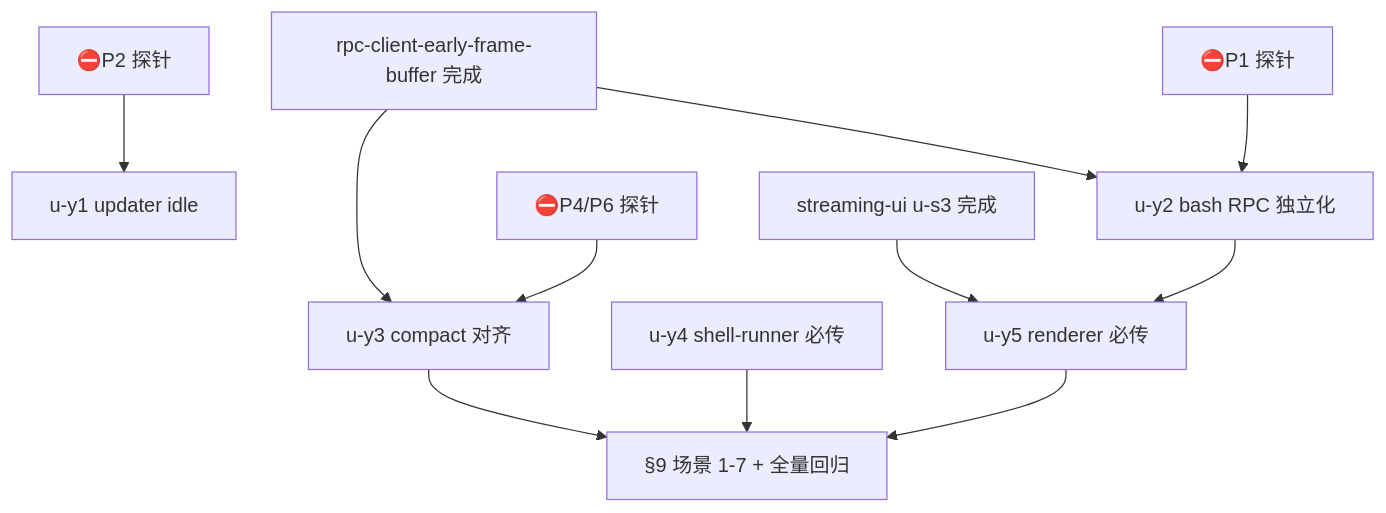
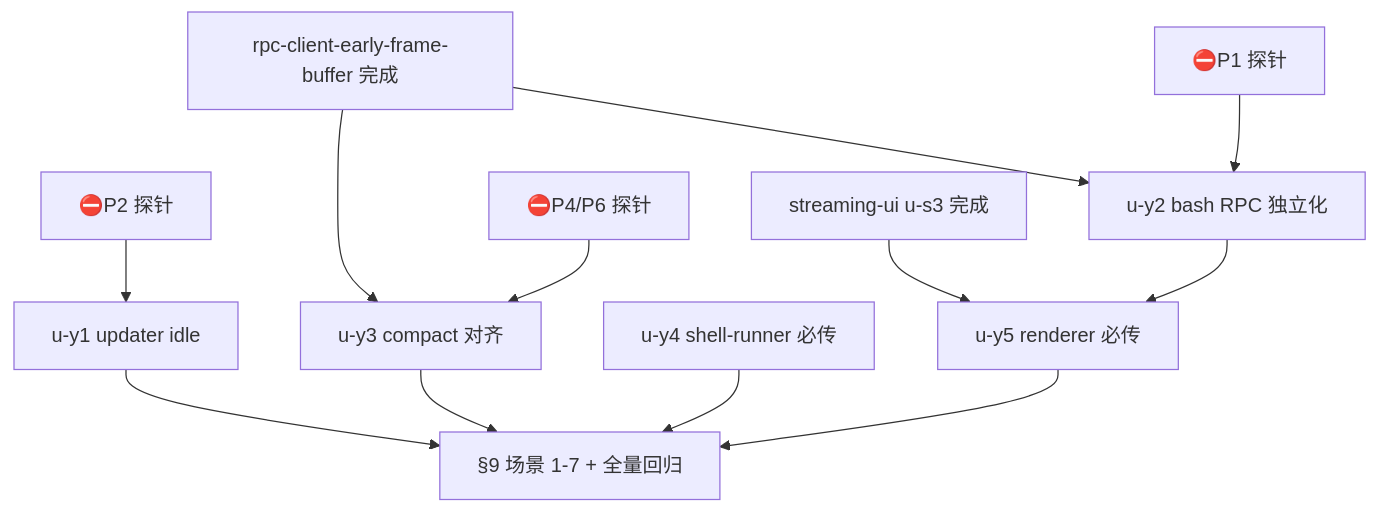
One commit to zhushanwen321/xyz-agent changed the diagram in docs/design/timeout-slow-flow-wallclock.impl-plan.md. Above: the diagram before and after it, drawn with Mermaid. The commit also changed 6 other files, not shown here.

````diff
--- a/docs/design/timeout-slow-flow-wallclock.impl-plan.md
+++ b/docs/design/timeout-slow-flow-wallclock.impl-plan.md
@@ -41,13 +41,14 @@
 ```mermaid
 graph TD
     P2[⛔P2 探针] --> Y1[u-y1 updater idle]
     P1[⛔P1 探针] --> Y2[u-y2 bash RPC 独立化]
     P4[⛔P4/P6 探针] --> Y3[u-y3 compact 对齐]
     Y4[u-y4 shell-runner 必传] --> ACC[§9 场景 1-7 + 全量回归]
+    Y1[u-y1 updater idle] --> ACC
     R1EXT[rpc-client-early-frame-buffer 完成] --> Y2
     R1EXT --> Y3
     S3EXT[streaming-ui u-s3 完成] --> Y5[u-y5 renderer 必传]
     Y2 --> Y5
     Y3 --> ACC
     Y5 --> ACC
 ```
````
